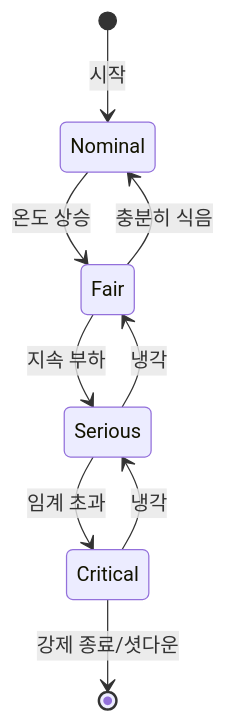
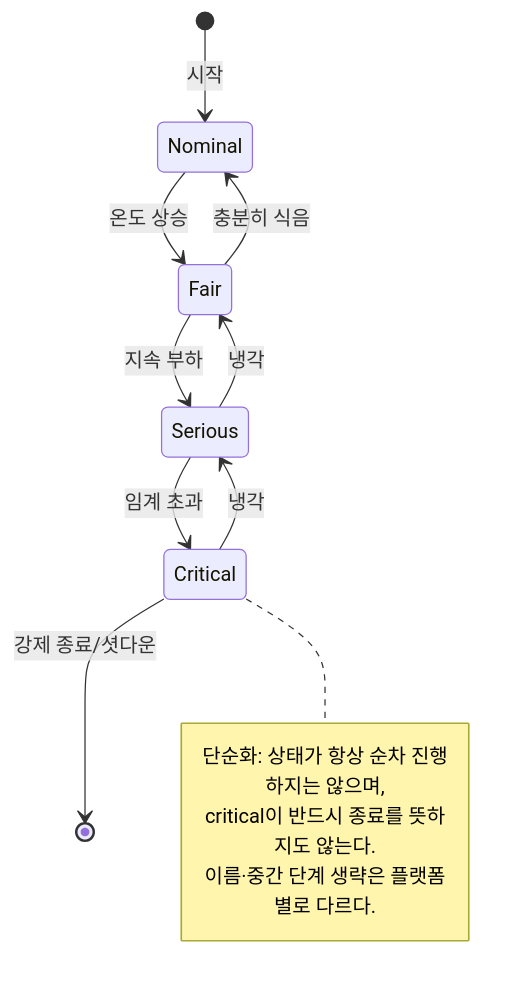
The fourth of 8 diagrams in platform/part01_mobile.md (Rein-ArXiv/game-dev-curriculum), drawn with Mermaid before and after one commit. The commit also changed other lines of this file and 279 other files, not shown here.

````diff
--- a/platform/part01_mobile.md
+++ b/platform/part01_mobile.md
@@ -96,11 +96,16 @@
 ```mermaid
 stateDiagram-v2
     [*] --> Nominal: 시작
     Nominal --> Fair: 온도 상승
     Fair --> Serious: 지속 부하
     Serious --> Critical: 임계 초과
     Critical --> Serious: 냉각
     Serious --> Fair: 냉각
     Fair --> Nominal: 충분히 식음
     Critical --> [*]: 강제 종료/셧다운
+    note right of Critical
+        단순화: 상태가 항상 순차 진행하지는 않으며,
+        critical이 반드시 종료를 뜻하지도 않는다.
+        이름·중간 단계 생략은 플랫폼별로 다르다.
+    end note
 ```
````
